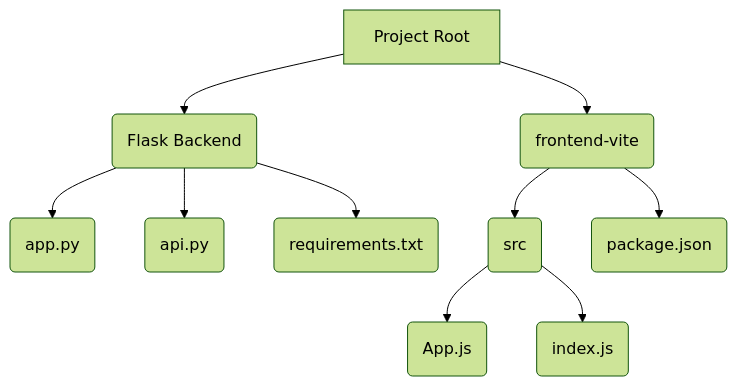
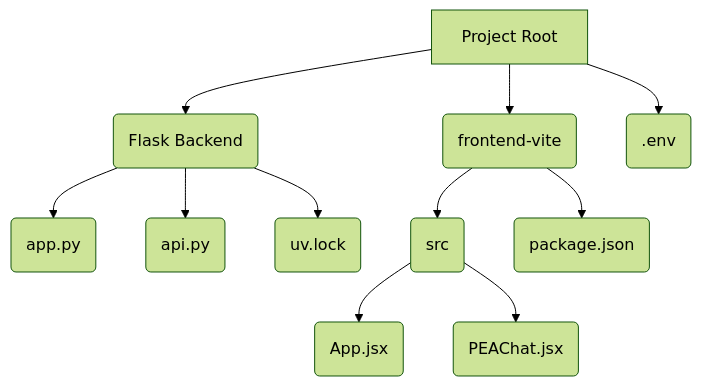
Before and after one commit to AlexJ-StL/MyPrompt: the diagram in README.md, drawn with Mermaid (forest theme). The commit also changed other lines of this file and 1 other file, not shown here.

First line of the commit message:
git commit -m "Add multi-provider support and .env configuration

````diff
--- a/README.md
+++ b/README.md
@@ -15,12 +25,13 @@
 ```mermaid
 graph TD
     A[Project Root] --> B(Flask Backend)
     A --> C(frontend-vite)
-    B --> D(app.py)
-    B --> E(api.py)
-    B --> F(requirements.txt)
-    C --> G(src)
-    G --> H(App.js)
-    G --> I(index.js)
-    C --> J(package.json)
+    A --> D(.env)
+    B --> E(app.py)
+    B --> F(api.py)
+    B --> G(uv.lock)
+    C --> H(src)
+    H --> I(App.jsx)
+    H --> J(PEAChat.jsx)
+    C --> K(package.json)
 ```
````
